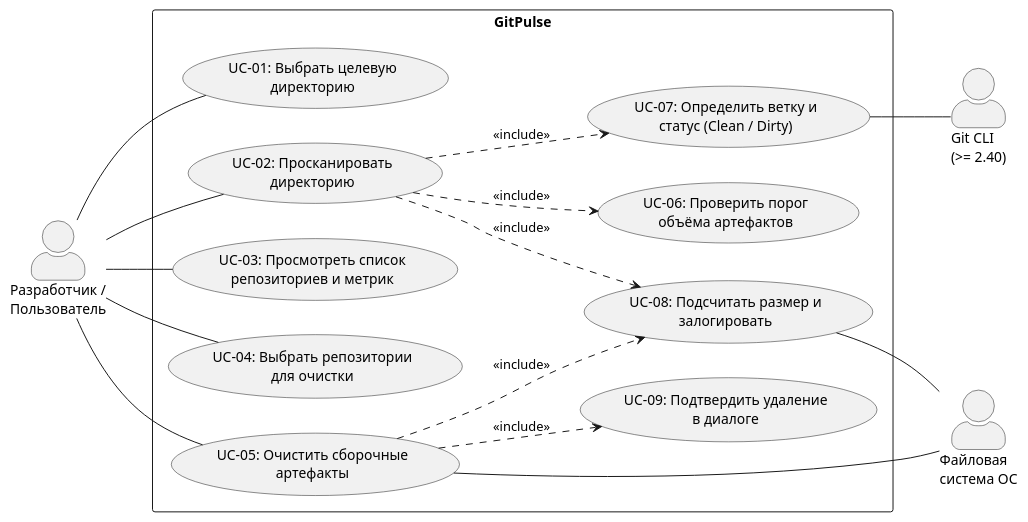
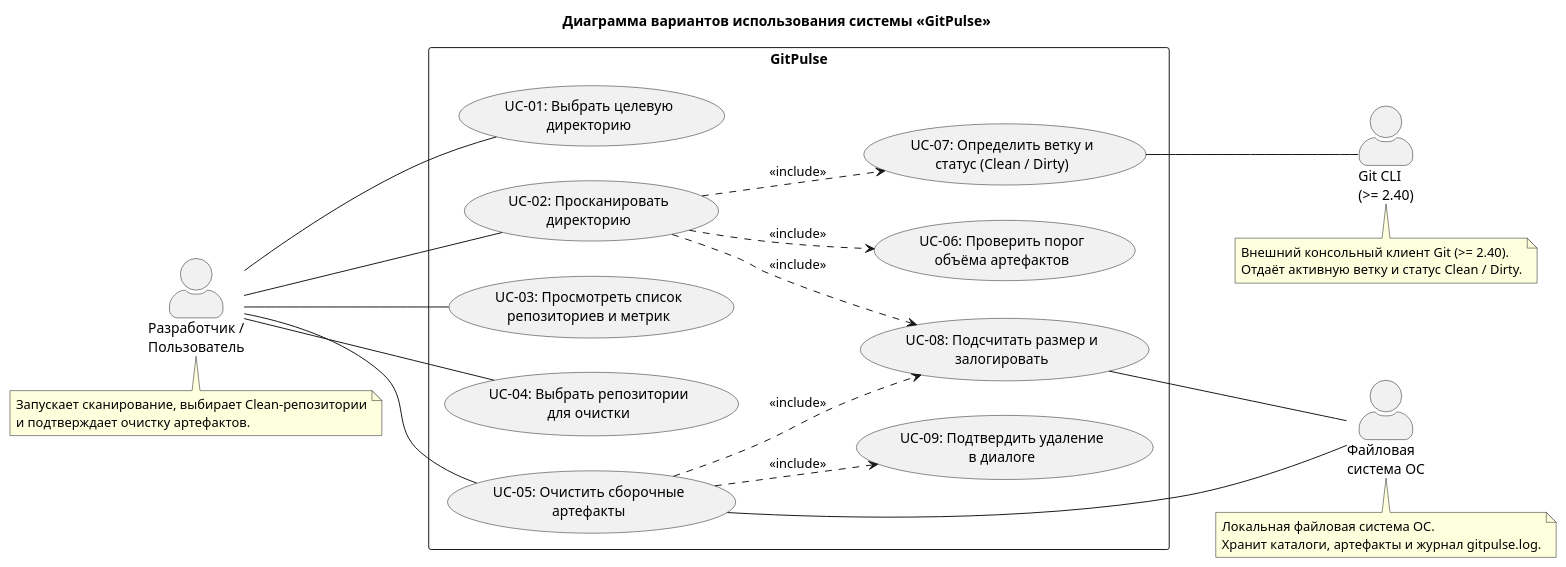
The diagram in diagrams/gitpulse-usecase.puml (BSUIR-SDLC/SDLC), drawn with PlantUML before and after one commit. The commit also changed 7 other files, not shown here.

Commit message:
docs(lr5): обновить диаграммы активности, состояний, последовательности и прецедентов

```diff
--- a/diagrams/gitpulse-usecase.puml
+++ b/diagrams/gitpulse-usecase.puml
@@ -1,39 +1,55 @@
 @startuml gitpulse-usecase
+title Диаграмма вариантов использования системы «GitPulse»
 left to right direction
 skinparam packageStyle rectangle
 skinparam actorStyle awesome
 
 actor "Разработчик /\nПользователь" as User
 actor "Git CLI\n(>= 2.40)" as GitCli
 actor "Файловая\nсистема ОС" as FileSystem
 
 rectangle "GitPulse" {
   usecase "UC-01: Выбрать целевую\nдиректорию" as UC1
   usecase "UC-02: Просканировать\nдиректорию" as UC2
   usecase "UC-03: Просмотреть список\nрепозиториев и метрик" as UC3
   usecase "UC-04: Выбрать репозитории\nдля очистки" as UC4
   usecase "UC-05: Очистить сборочные\nартефакты" as UC5
 
   usecase "UC-06: Проверить порог\nобъёма артефактов" as UC6
   usecase "UC-07: Определить ветку и\nстатус (Clean / Dirty)" as UC7
   usecase "UC-08: Подсчитать размер и\nзалогировать" as UC8
   usecase "UC-09: Подтвердить удаление\nв диалоге" as UC9
 }
 
 User -- UC1
 User -- UC2
 User -- UC3
 User -- UC4
 User -- UC5
 
 UC2 ..> UC6 : <<include>>
 UC2 ..> UC7 : <<include>>
 UC2 ..> UC8 : <<include>>
 
 UC5 ..> UC8 : <<include>>
 UC5 ..> UC9 : <<include>>
 
 UC7 -- GitCli
 UC5 -- FileSystem
 UC8 -- FileSystem
+
+note bottom of User
+  Запускает сканирование, выбирает Clean-репозитории
+  и подтверждает очистку артефактов.
+end note
+
+note bottom of GitCli
+  Внешний консольный клиент Git (>= 2.40).
+  Отдаёт активную ветку и статус Clean / Dirty.
+end note
+
+note bottom of FileSystem
+  Локальная файловая система ОС.
+  Хранит каталоги, артефакты и журнал gitpulse.log.
+end note
 @enduml
```
